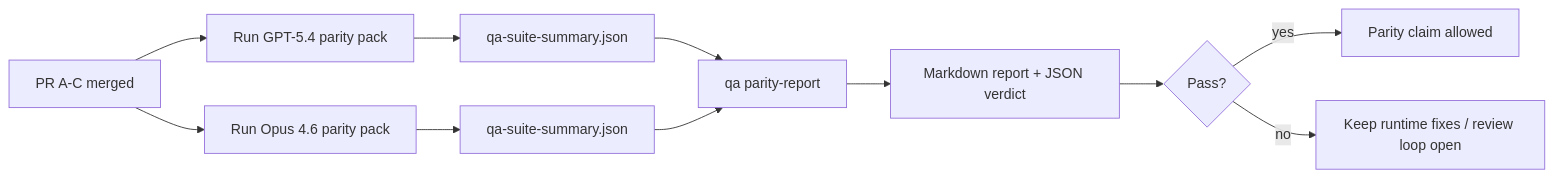
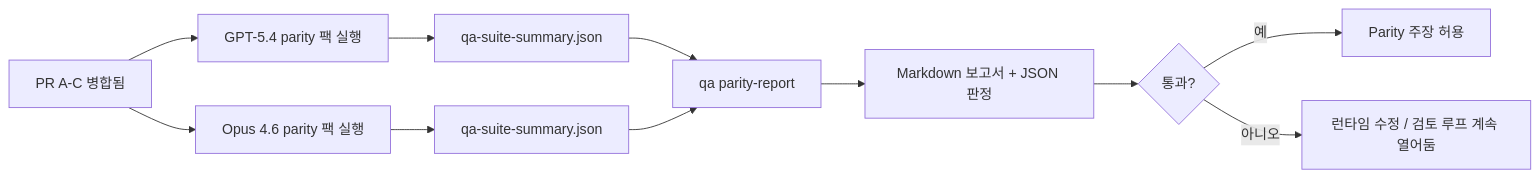
The diagram in docs/ko/help/gpt54-codex-agentic-parity-maintainers.md (daichangya/openclaw-docs), drawn with Mermaid before and after one commit. The commit also changed other lines of this file and 440 other files, not shown here.

````diff
--- a/docs/ko/help/gpt54-codex-agentic-parity-maintainers.md
+++ b/docs/ko/help/gpt54-codex-agentic-parity-maintainers.md
@@ -142,13 +140,13 @@
 ```mermaid
 flowchart LR
-    A["PR A-C merged"] --> B["Run GPT-5.4 parity pack"]
-    A --> C["Run Opus 4.6 parity pack"]
+    A["PR A-C 병합됨"] --> B["GPT-5.4 parity 팩 실행"]
+    A --> C["Opus 4.6 parity 팩 실행"]
     B --> D["qa-suite-summary.json"]
     C --> E["qa-suite-summary.json"]
     D --> F["qa parity-report"]
     E --> F
-    F --> G["Markdown report + JSON verdict"]
-    G --> H{"Pass?"}
-    H -- "yes" --> I["Parity claim allowed"]
-    H -- "no" --> J["Keep runtime fixes / review loop open"]
+    F --> G["Markdown 보고서 + JSON 판정"]
+    G --> H{"통과?"}
+    H -- "예" --> I["Parity 주장 허용"]
+    H -- "아니오" --> J["런타임 수정 / 검토 루프 계속 열어둠"]
 ```
````
